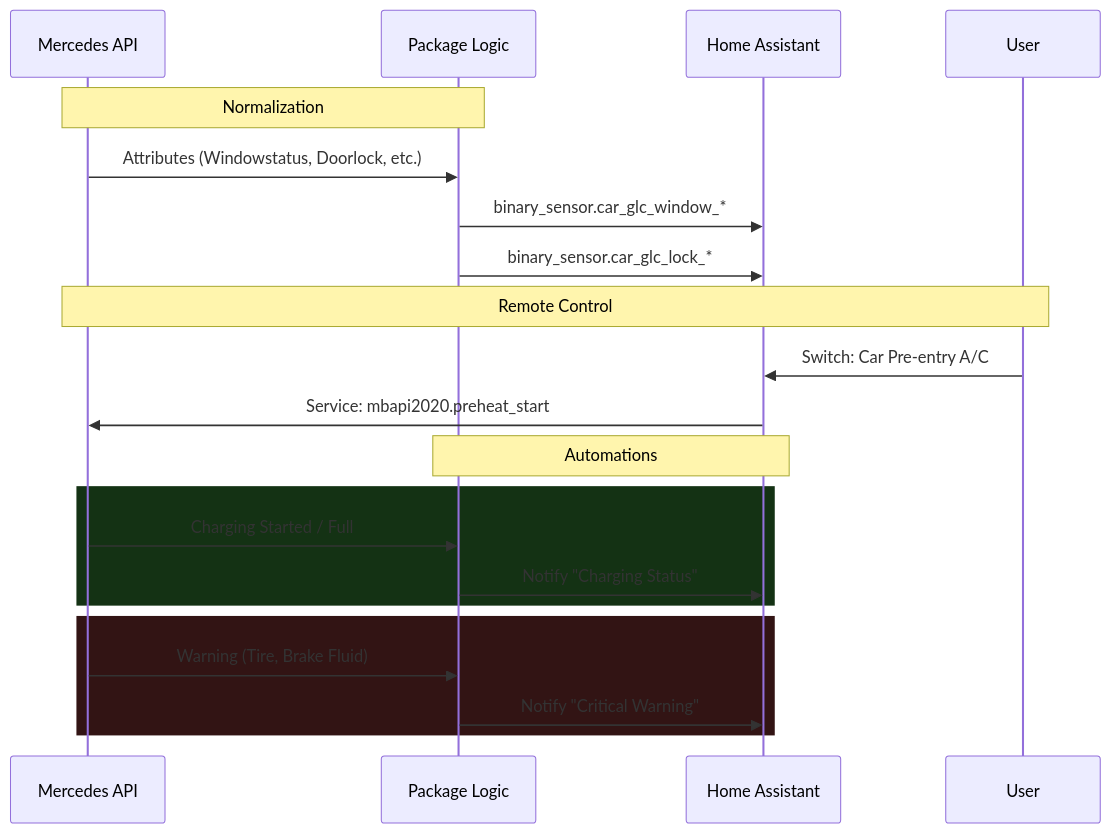
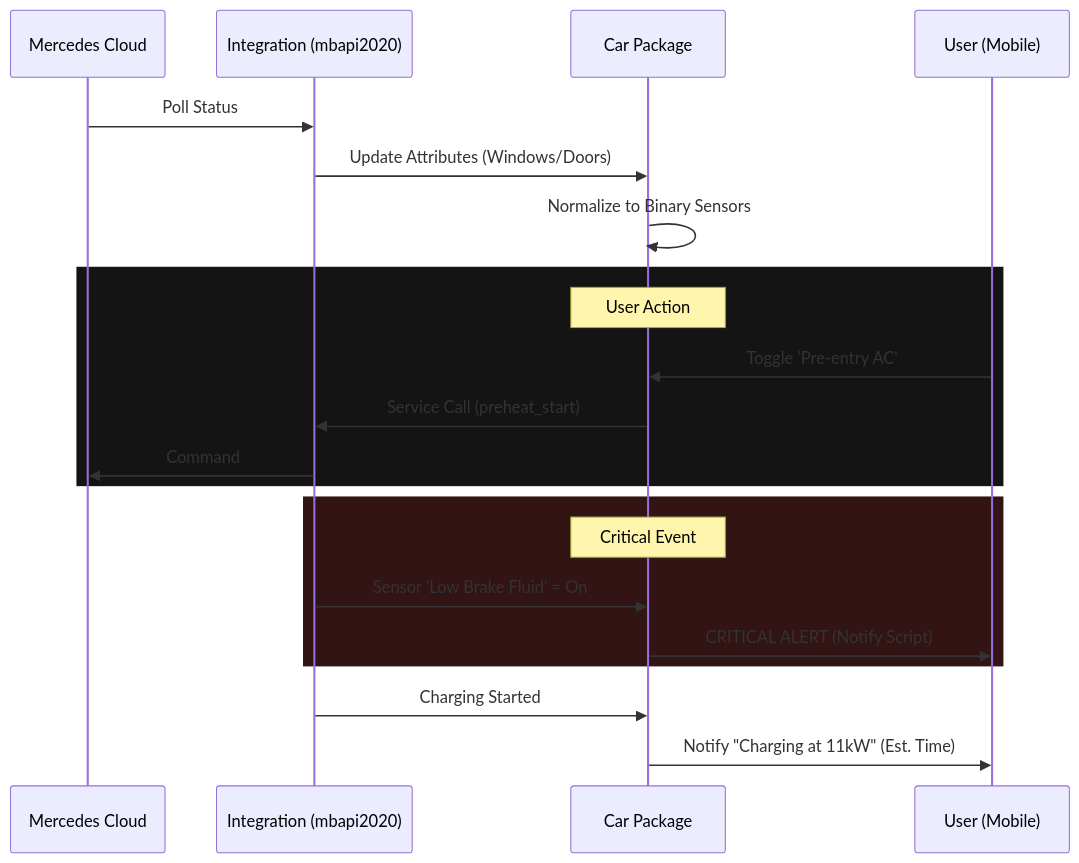
Before and after one commit to EvisHome/EvisHomeLab: the diagram in docs/smart-home/packages/car.md, drawn with Mermaid. The commit also changed other lines of this file and 2 other files, not shown here.

````diff
--- a/docs/smart-home/packages/car.md
+++ b/docs/smart-home/packages/car.md
@@ -23,26 +40,27 @@
 ```mermaid
 sequenceDiagram
-    participant Car as Mercedes API
-    participant Pkg as Package Logic
-    participant HA as Home Assistant
-    participant User as User
+    participant Cloud as Mercedes Cloud
+    participant API as Integration (mbapi2020)
+    participant HA as Car Package
+    participant User as User (Mobile)
 
-    Note over Car, Pkg: Normalization
-    Car->>Pkg: Attributes (Windowstatus, Doorlock, etc.)
-    Pkg->>HA: binary_sensor.car_glc_window_*
-    Pkg->>HA: binary_sensor.car_glc_lock_*
-
-    Note over User, Car: Remote Control
-    User->>HA: Switch: Car Pre-entry A/C
-    HA->>Car: Service: mbapi2020.preheat_start
-
-    Note over Pkg, HA: Automations
-    rect rgb(20, 50, 20)
-        Car->>Pkg: Charging Started / Full
-        Pkg->>HA: Notify "Charging Status"
+    Cloud->>API: Poll Status
+    API->>HA: Update Attributes (Windows/Doors)
+    HA->>HA: Normalize to Binary Sensors
+    
+    rect rgb(20, 20, 20)
+    Note over HA: User Action
+    User->>HA: Toggle 'Pre-entry AC'
+    HA->>API: Service Call (preheat_start)
+    API->>Cloud: Command
     end
+    
     rect rgb(50, 20, 20)
-        Car->>Pkg: Warning (Tire, Brake Fluid)
-        Pkg->>HA: Notify "Critical Warning"
+    Note over HA: Critical Event
+    API->>HA: Sensor 'Low Brake Fluid' = On
+    HA->>User: CRITICAL ALERT (Notify Script)
     end
+    
+    API->>HA: Charging Started
+    HA->>User: Notify "Charging at 11kW" (Est. Time)
 ```
````
